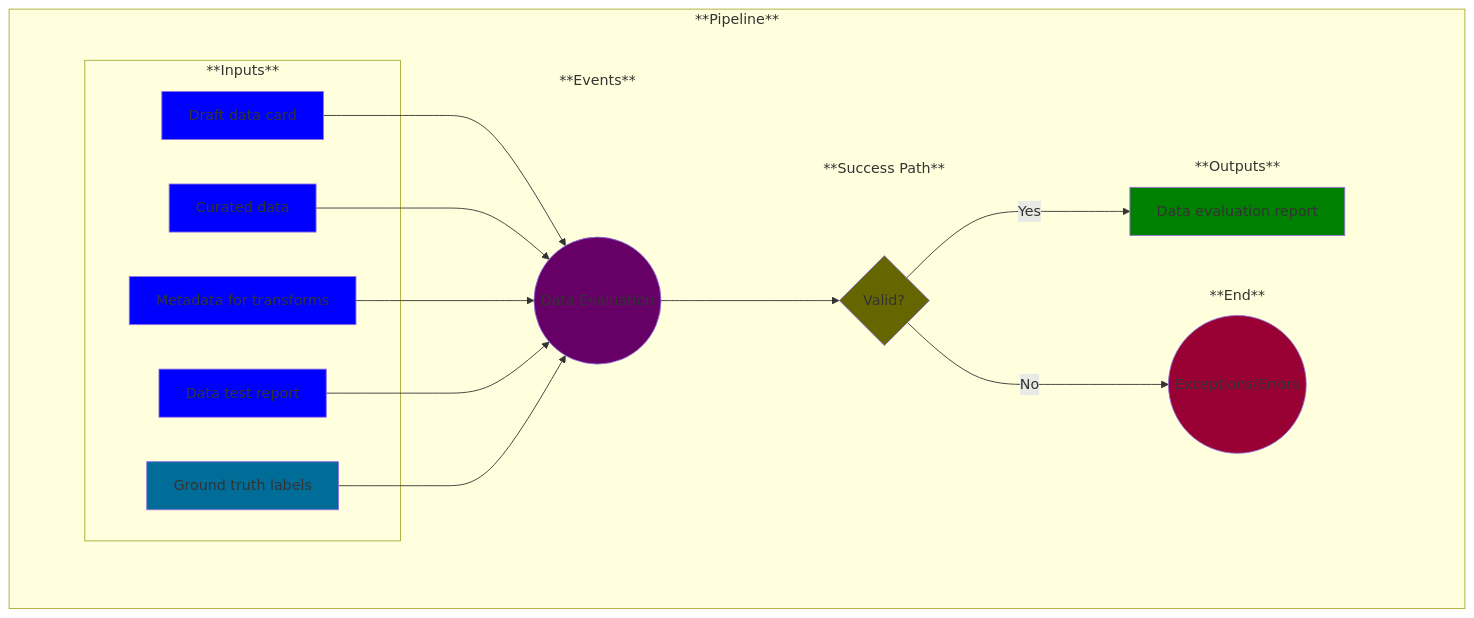
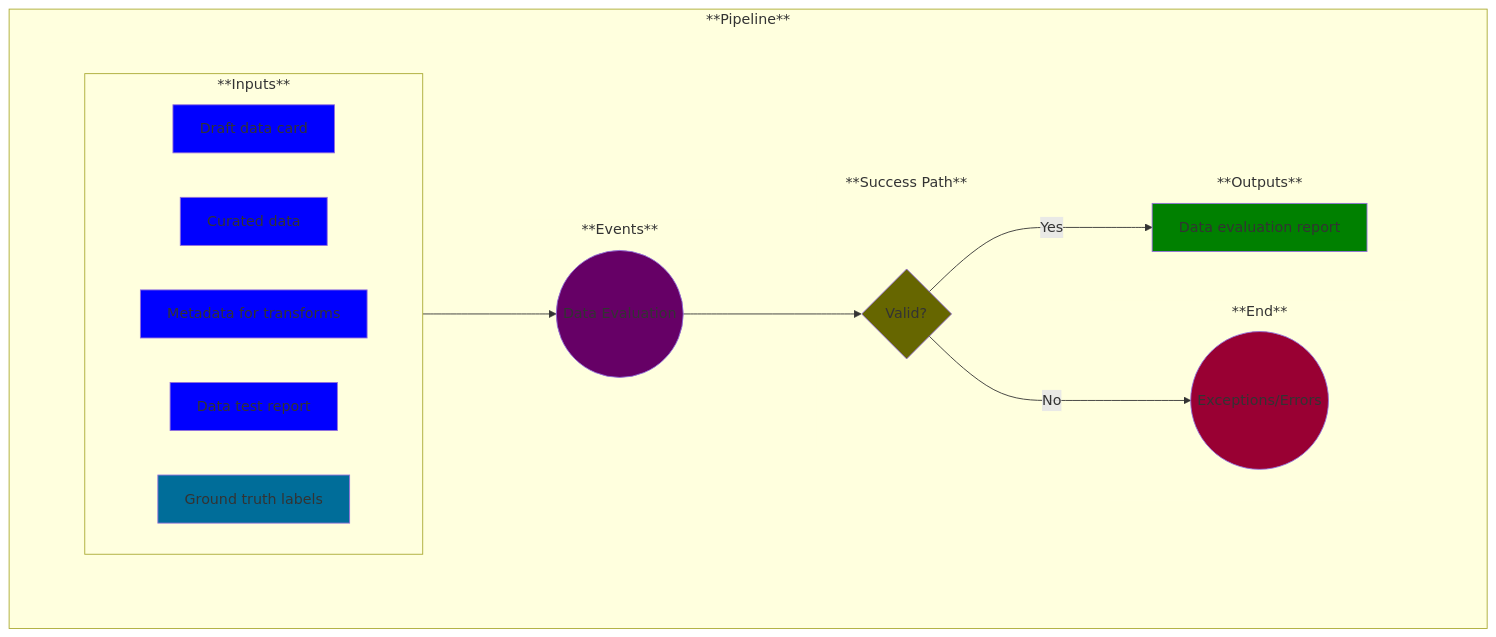
The diagram in use-cases/8-data-eval.md (MLOps-OpenAPI/arch-diagrams), drawn with Mermaid before and after one commit. The commit also changed other lines of this file and 20 other files, not shown here.

```diff
--- a/use-cases/8-data-eval.md
+++ b/use-cases/8-data-eval.md
@@ -36,17 +36,9 @@
             %% Add the rest of the nodes
             subgraph Inputs ["**Inputs**"]
                 A1
-            end
-            subgraph Inputs ["**Inputs**"]
                 A2
-            end
-            subgraph Inputs ["**Inputs**"]
                 A3
-            end
-            subgraph Inputs ["**Inputs**"]
                 A4
-            end
-            subgraph Inputs ["**Inputs**"]
                 A5
             end
             subgraph Events ["**Events**"]
@@ -62,11 +54,7 @@
                 E
             end
         end
-        A1-->B
-        A2-->B
-        A3-->B
-        A4-->B
-        A5-->B
+        Inputs-->B
         B-->C
         C--> | No | D
         C--> | Yes | E
@@ -104,7 +92,6 @@
 
     %% Remove unnecessary box outlines
     style invisibleSpace stroke-width:0
-    style Inputs stroke-width:0
     style Events stroke-width:0
     style Outputs stroke-width:0
     style End stroke-width:0
```
